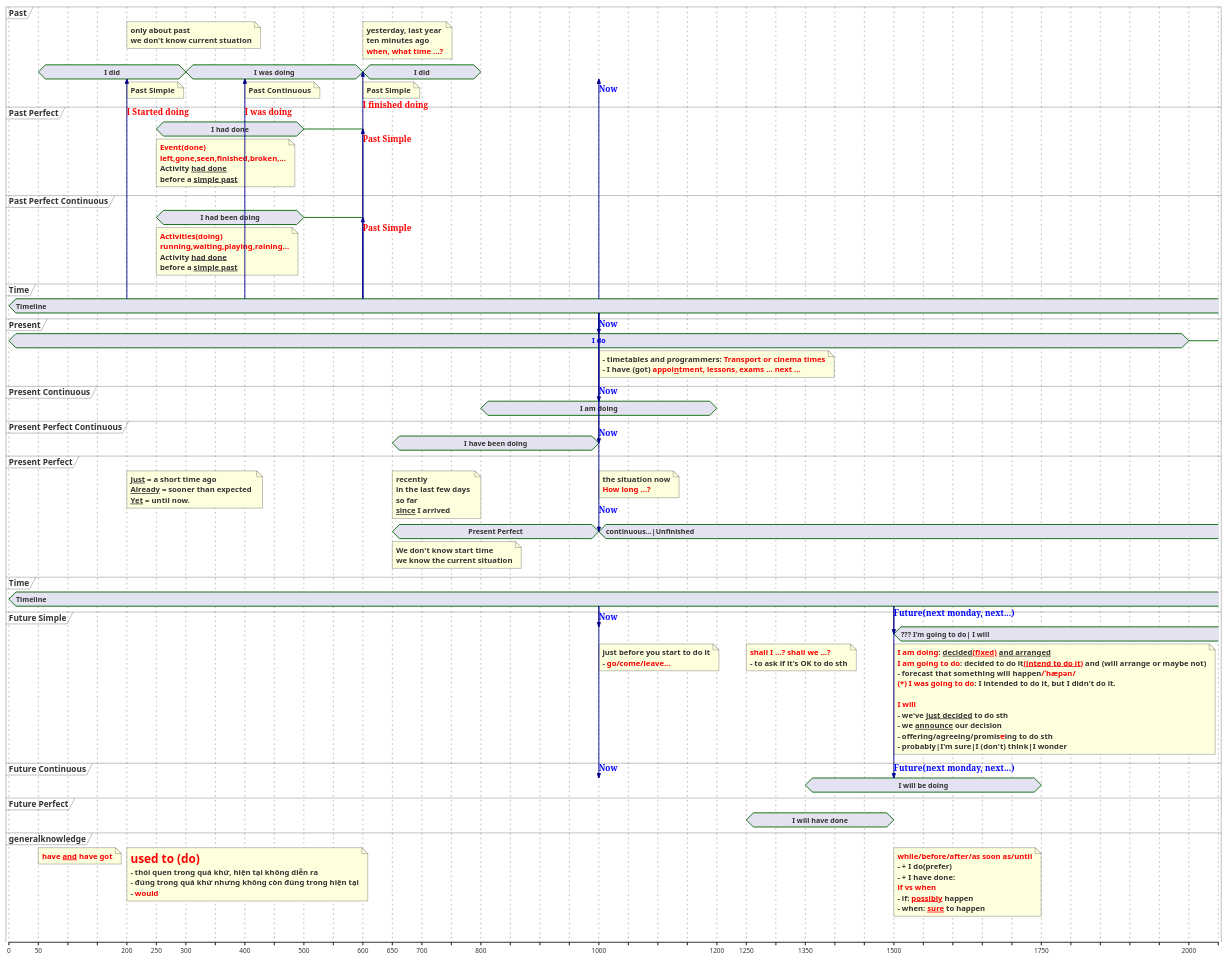
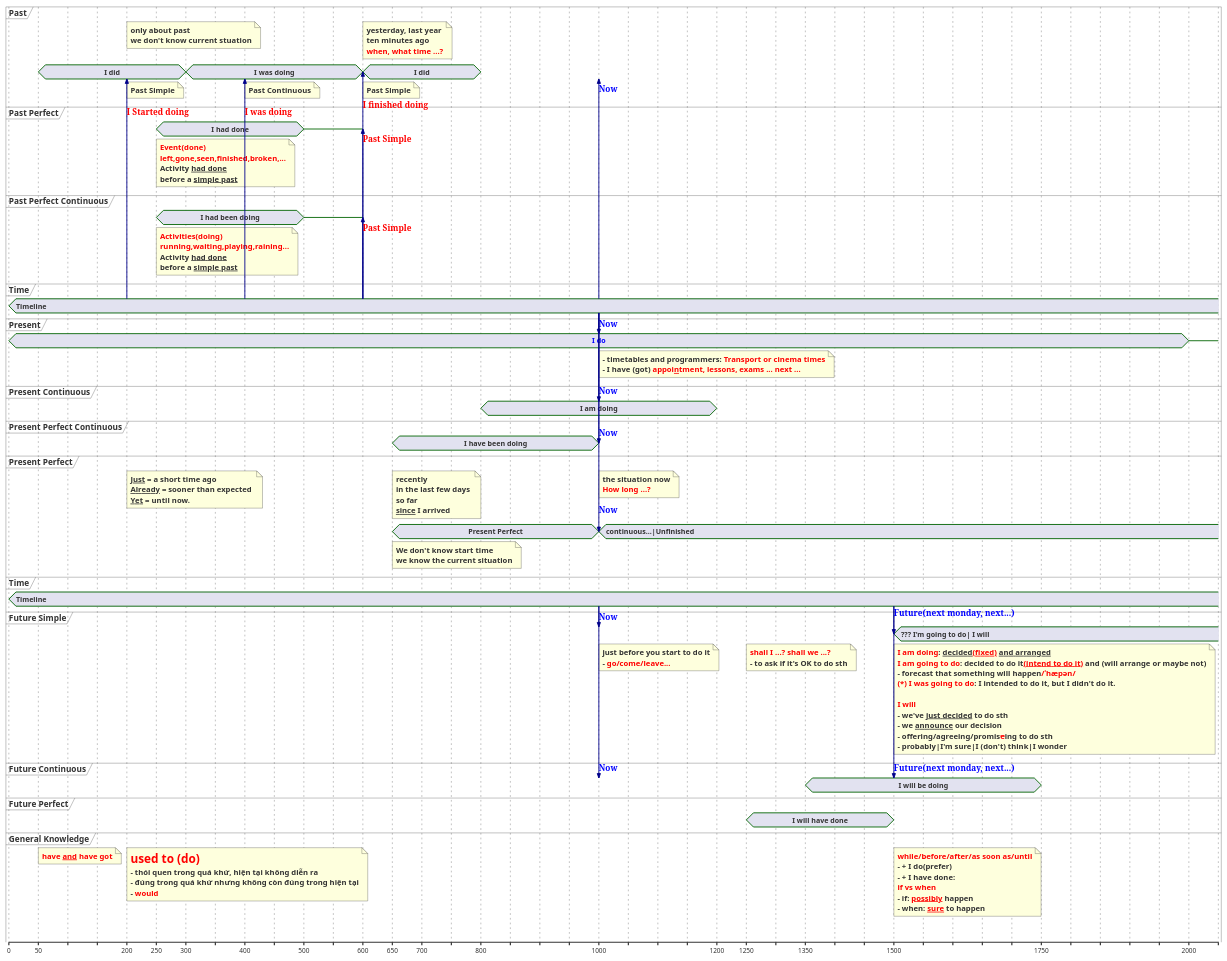
One commit to thanhnv2210/MyPlantuml changed the diagram in src/English/Grammar/Tenses_time_demonstrate.puml. Above: the diagram before and after it, drawn with PlantUML. The commit also changed 9 other files, not shown here.

```diff
--- a/src/English/Grammar/Tenses_time_demonstrate.puml
+++ b/src/English/Grammar/Tenses_time_demonstrate.puml
@@ -1,156 +1,156 @@
 @startuml
 'https://plantuml.com/sequence-diagram
 
 concise "Past" as P
 concise "Past Perfect" as PaP
 concise "Past Perfect Continuous" as PaPC
 concise "Time" as T
 concise "Present" as G
 concise "Present Continuous" as PC
 concise "Present Perfect Continuous" as PPC
 concise "Present Perfect" as PP
 concise "Time" as T2
 concise "Future Simple" as FS
 concise "Future Continuous" as FC
 concise "Future Perfect" as FP
 
-concise "generalknowledge" as GK
+concise "General Knowledge" as GK
 
 
 @0
 T is Timeline
 T2 is Timeline
 G is "<color:blue>I do"
 
 @50
 P is "I did"
 note top of GK: <b><color:red>have __and__ have got</b>
 
 @200
 T -> P:\n\n<b><color:red>I Started doing
 note top of PP:__Just__ = a short time ago \n__Already__ = sooner than expected \n__Yet__ = until now.
 note top of P: only about past\nwe don't know current stuation
 note bottom of P: Past Simple
 
 note top of GK
 <b><color:red><size:20>used to (do)
 - thói quen trong quá khứ, hiện tại không diễn ra
 - đúng trong quá khứ nhưng không còn đúng trong hiện tại
 - <b><color:red>would
 end note
 
 
 @250
 PaPC is "I had been doing"
 PaP is "I had done"
 note bottom of PaPC:<b><color:red>Activities(doing)\n<b><color:red>running,waiting,playing,raining...\nActivity __had done__\nbefore a __simple past__
 note bottom of PaP: <b><color:red>Event(done)\n<b><color:red>left,gone,seen,finished,broken,...\nActivity __had done__\nbefore a __simple past__
 
 @300
 'I_Was_Doing
 P is "I was doing"
 
 
 @400
 T -> P:\n\n<b><color:red>I was doing
 note bottom of P: Past Continuous
 
 
 @500
 'P is P_Simple
 PaP is {-}
 PaPC is {-}
 
 
 @600
 T -> P:\n\n<b><color:red>I finished doing
 T -> PaP:<b><color:red>Past Simple
 T -> PaPC:<b><color:red>Past Simple
 P is "I did"
 PaP is {hidden}
 PaPC is {hidden}
 note bottom of P: Past Simple
 note top of P:yesterday, last year\nten minutes ago\n<b><color:red>when, what time ...?
 
 @650
 note top of PP: recently \nin the last few days \nso far \n__since__ I arrived
 PP is "Present Perfect"
 PPC is "I have been doing"
 note bottom of PP: We don't know start time\nwe know the current situation
 
 @700
 
 
 @800
 P is {hidden}
 PC is "I am doing"
 
 
 
 @1000
 T -> P:<b><color:blue>Now
 T -> G:<b><color:blue>Now
 T -> PC:<b><color:blue>Now
 T -> PPC:<b><color:blue>Now
 T -> PP:<b><color:blue>Now\n
 T2 -> FS:<b><color:blue>Now
 T2 -> FC:<b><color:blue>Now
 'G is Present_Continuous
 PPC is {hidden}
 PP is "continuous...|Unfinished "
 note top of PP: the situation now\n<b><color:red>How long ...?
 
 note bottom of G:- timetables and programmers: <b><color:red>Transport or cinema times\n- I have (got) <b><color:red>appoi__n__tment, lessons, exams ... next ...
 
 note bottom of FS
 just before you start to do it
 - <b><color:red>go/come/leave...
 end note
 @1200
 PC is {hidden}
 
 @1250
 FP is "I will have done"
 
 note bottom of FS
 <b><color:red>shall I ...? shall we ...?
 - to ask if it's OK to do sth
 end note
 
 @1350
 FC is "I will be doing"
 
 @1500
 T2 -> FS:<b><color:blue>Future(next monday, next...)\n
 T2 -> FC:<b><color:blue>Future(next monday, next...)
 FS is "??? I'm going to do| I will"
 FP is {hidden}
 note bottom of FS
 <b><color:red>I am doing</b>: __decided<b><color:red>(fixed)</b> and arranged__
 <b><color:red>I am going to do</b>: decided to do it<b><color:red>__(intend to do it)__</b> and (will arrange or maybe not)
 - forecast that something will happen<b><color:red>/ˈhæpən/
 <b><color:red>(*) I was going to do</b>: I intended to do it, but I didn't do it.
 
 <b><color:red>I will</b>
 - we've __just decided__ to do sth
 - we __announce__ our decision
 - offering/agreeing/promis--<b><color:red>e</b>--ing to do sth
 - probably|I'm sure|I (don't) think|I wonder
 end note
 
 note top of GK
 <b><color:red>while/before/after/as soon as/until</b>
 - + I do(prefer)
 - + I have done:
 <b><color:red>if vs when
 - if: <color:red>__possibly__</color> happen
 - when: <color:red>__sure__</color> to happen
 end note
 
 @1750
 FC is {hidden}
 
 
 @2000
 G is {-}
 @enduml
```
